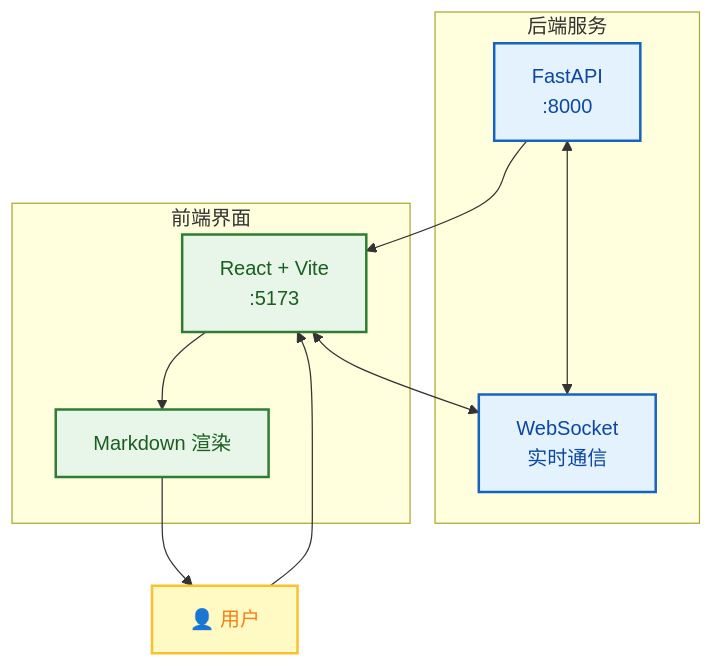
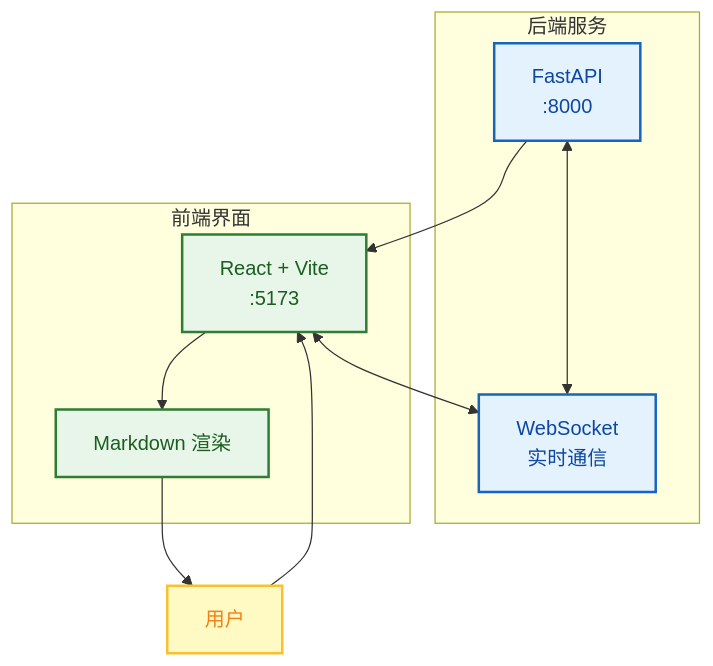
The second of 3 diagrams in docs/zh-CN/guide/usage.md (xt765/FinchBot), drawn with Mermaid before and after one commit. The commit also changed other lines of this file and 18 other files, not shown here.

First line of the commit message:
docs: 简化架构图并删除所有mermaid图中的表情包

````diff
--- a/docs/zh-CN/guide/usage.md
+++ b/docs/zh-CN/guide/usage.md
@@ -72,25 +70,24 @@
 ```mermaid
 flowchart TB
-    %% 样式定义
     classDef backend fill:#e3f2fd,stroke:#1565c0,stroke-width:2px,color:#0d47a1;
     classDef frontend fill:#e8f5e9,stroke:#2e7d32,stroke-width:2px,color:#1b5e20;
     classDef user fill:#fff9c4,stroke:#fbc02d,stroke-width:2px,color:#f57f17;
 
     subgraph Backend [后端服务]
         API[FastAPI<br/>:8000]:::backend
         WS[WebSocket<br/>实时通信]:::backend
     end
 
     subgraph Frontend [前端界面]
         React[React + Vite<br/>:5173]:::frontend
         MD[Markdown 渲染]:::frontend
     end
 
-    U[👤 用户]:::user --> React
+    U[用户]:::user --> React
     React <--> WS
     WS <--> API
 
     API --> React
     React --> MD
     MD --> U
 ```
````
